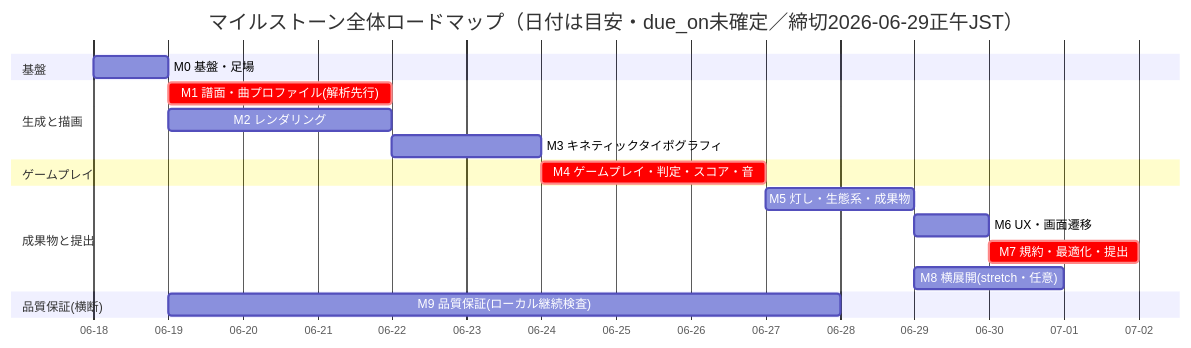
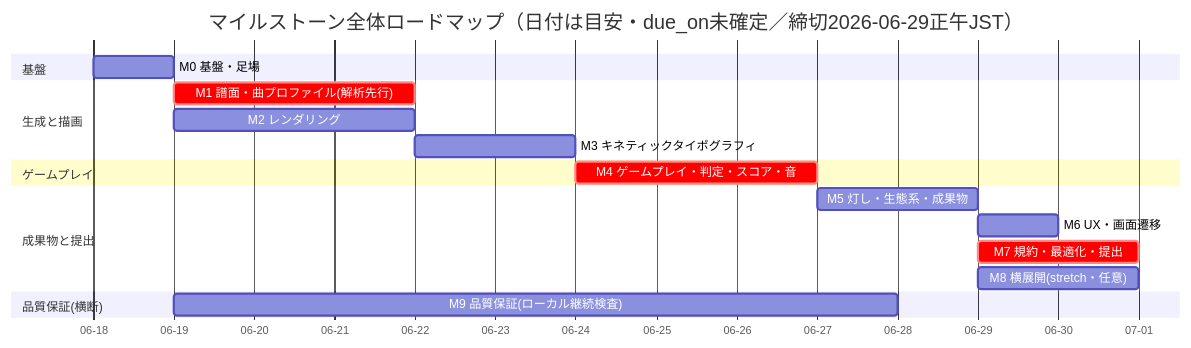
One commit to KaitoShioya/magical-mirai-2026-procon changed the first of 4 diagrams in docs/dev-roadmap-gantt.md. Above: the diagram before and after it, drawn with Mermaid. The commit also changed other lines of this file and 8 other files, not shown here.

First line of the commit message:
docs(roadmap): Issue依存の波層推移図を新規作成しガントを整合

````diff
--- a/docs/dev-roadmap-gantt.md
+++ b/docs/dev-roadmap-gantt.md
@@ -34,21 +40,21 @@
 ```mermaid
 gantt
   title マイルストーン全体ロードマップ（日付は目安・due_on未確定／締切2026-06-29正午JST）
   dateFormat YYYY-MM-DD
   axisFormat %m-%d
   section 基盤
     M0 基盤・足場 :m0, 2026-06-18, 1d
   section 生成と描画
     M1 譜面・曲プロファイル(解析先行) :crit, m1, after m0, 3d
     M2 レンダリング :m2, after m0, 3d
-    M3 キネティックタイポグラフィ :m3, after m2, 2d
+    M3 キネティックタイポグラフィ :m3, after m2 m1, 2d
   section ゲームプレイ
     M4 ゲームプレイ・判定・スコア・音 :crit, m4, after m1 m3, 3d
   section 成果物と提出
     M5 灯し・生態系・成果物 :m5, after m4, 2d
     M6 UX・画面遷移 :m6, after m5, 1d
-    M7 規約・最適化・提出 :crit, m7, after m6, 2d
+    M7 規約・最適化・提出 :crit, m7, after m5, 2d
     M8 横展開(stretch・任意) :m8, after m5, 2d
   section 品質保証(横断)
     M9 品質保証(ローカル継続検査) :m9, after m0, 9d
 ```
````
